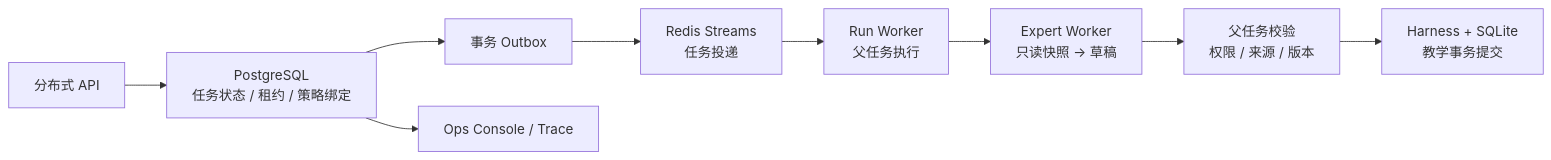
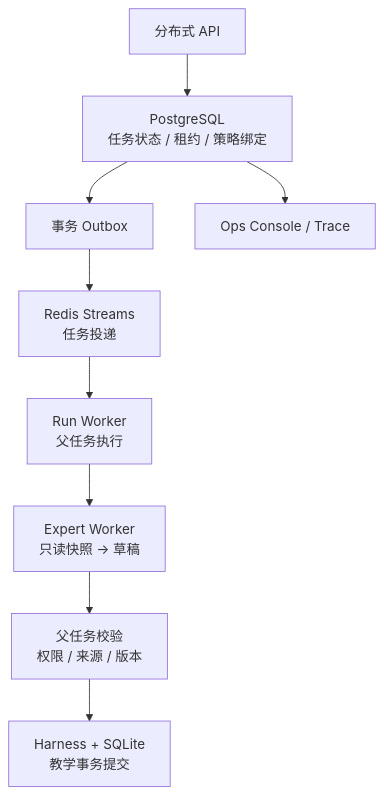
Before and after one commit to codedog678/eduagent: the third of 3 diagrams in README.md, drawn with Mermaid. The commit also changed other lines of this file, not shown here.

First line of the commit message:
docs(readme): restore architecture and educational rationale

````diff
--- a/README.md
+++ b/README.md
@@ -63,11 +177,11 @@
 ```mermaid
-flowchart LR
+flowchart TB
     API["分布式 API"] --> PG["PostgreSQL<br/>任务状态 / 租约 / 策略绑定"]
     PG --> OUT["事务 Outbox"]
     OUT --> REDIS["Redis Streams<br/>任务投递"]
     REDIS --> RUN["Run Worker<br/>父任务执行"]
     RUN --> EXPERT["Expert Worker<br/>只读快照 → 草稿"]
     EXPERT --> CHECK["父任务校验<br/>权限 / 来源 / 版本"]
     CHECK --> STATE["Harness + SQLite<br/>教学事务提交"]
     PG --> OPS["Ops Console / Trace"]
 ```
````
